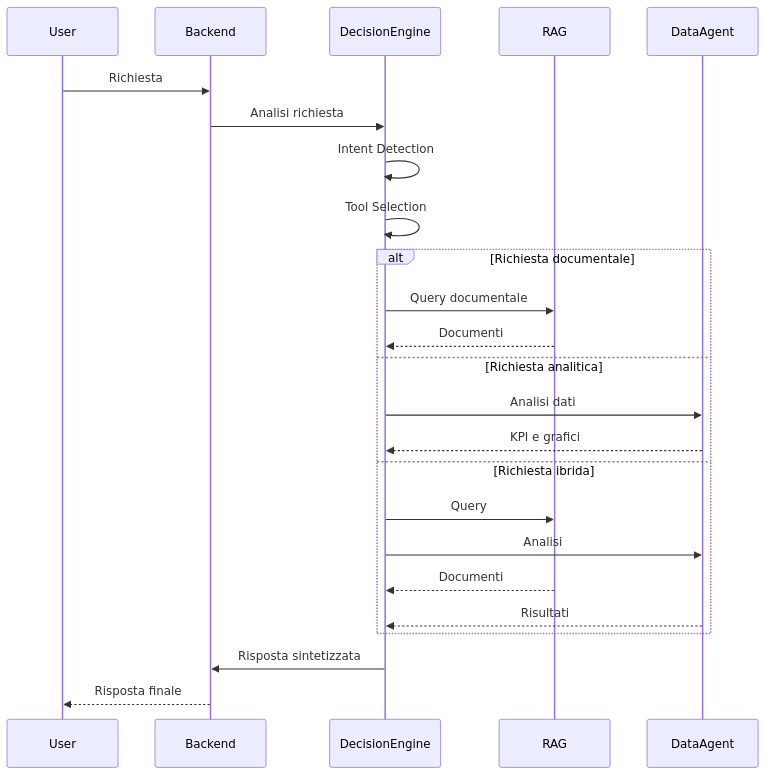
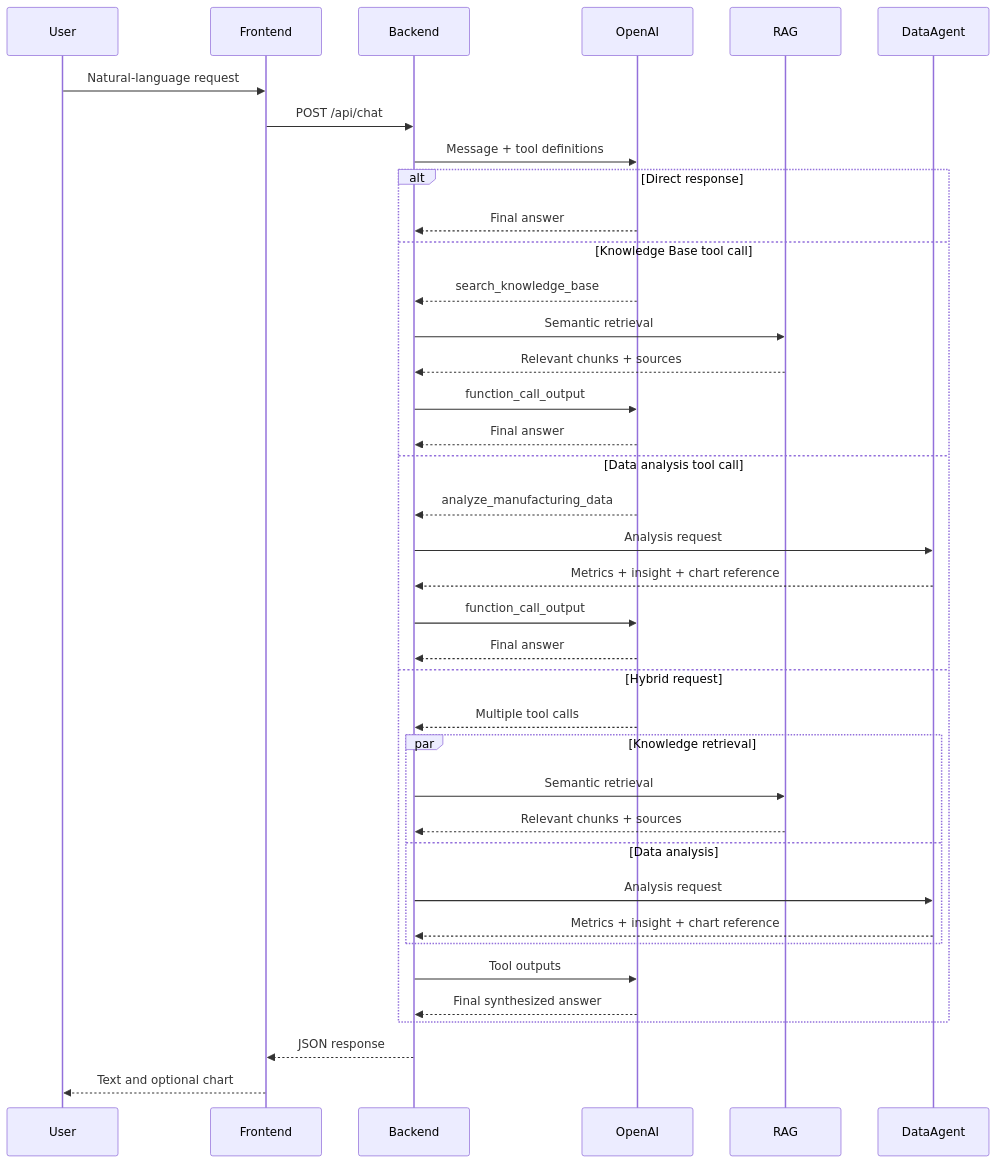
The sixth of 10 diagrams in docs/it/03_System_Architecture.md (marcosaccani1/maranello-ai), drawn with Mermaid before and after one commit. The commit also changed other lines of this file and 7 other files, not shown here.

````diff
--- a/docs/it/03_System_Architecture.md
+++ b/docs/it/03_System_Architecture.md
@@ -776,45 +1012,44 @@
 ```mermaid
 sequenceDiagram
 
-participant User
-participant Backend
-participant DecisionEngine
-participant RAG
-participant DataAgent
+    participant User
+    participant Frontend
+    participant Backend
+    participant OpenAI
+    participant RAG
+    participant DataAgent
 
-User->>Backend: Richiesta
+    User->>Frontend: Natural-language request
+    Frontend->>Backend: POST /api/chat
+    Backend->>OpenAI: Message + tool definitions
 
-Backend->>DecisionEngine: Analisi richiesta
+    alt Direct response
+        OpenAI-->>Backend: Final answer
+    else Knowledge Base tool call
+        OpenAI-->>Backend: search_knowledge_base
+        Backend->>RAG: Semantic retrieval
+        RAG-->>Backend: Relevant chunks + sources
+        Backend->>OpenAI: function_call_output
+        OpenAI-->>Backend: Final answer
+    else Data analysis tool call
+        OpenAI-->>Backend: analyze_manufacturing_data
+        Backend->>DataAgent: Analysis request
+        DataAgent-->>Backend: Metrics + insight + chart reference
+        Backend->>OpenAI: function_call_output
+        OpenAI-->>Backend: Final answer
+    else Hybrid request
+        OpenAI-->>Backend: Multiple tool calls
+        par Knowledge retrieval
+            Backend->>RAG: Semantic retrieval
+            RAG-->>Backend: Relevant chunks + sources
+        and Data analysis
+            Backend->>DataAgent: Analysis request
+            DataAgent-->>Backend: Metrics + insight + chart reference
+        end
+        Backend->>OpenAI: Tool outputs
+        OpenAI-->>Backend: Final synthesized answer
+    end
 
-DecisionEngine->>DecisionEngine: Intent Detection
-
-DecisionEngine->>DecisionEngine: Tool Selection
-
-alt Richiesta documentale
-
-DecisionEngine->>RAG: Query documentale
-
-RAG-->>DecisionEngine: Documenti
-
-else Richiesta analitica
-
-DecisionEngine->>DataAgent: Analisi dati
-
-DataAgent-->>DecisionEngine: KPI e grafici
-
-else Richiesta ibrida
-
-DecisionEngine->>RAG: Query
-
-DecisionEngine->>DataAgent: Analisi
-
-RAG-->>DecisionEngine: Documenti
-
-DataAgent-->>DecisionEngine: Risultati
-
-end
-
-DecisionEngine->>Backend: Risposta sintetizzata
-
-Backend-->>User: Risposta finale
+    Backend-->>Frontend: JSON response
+    Frontend-->>User: Text and optional chart
 ```
````
